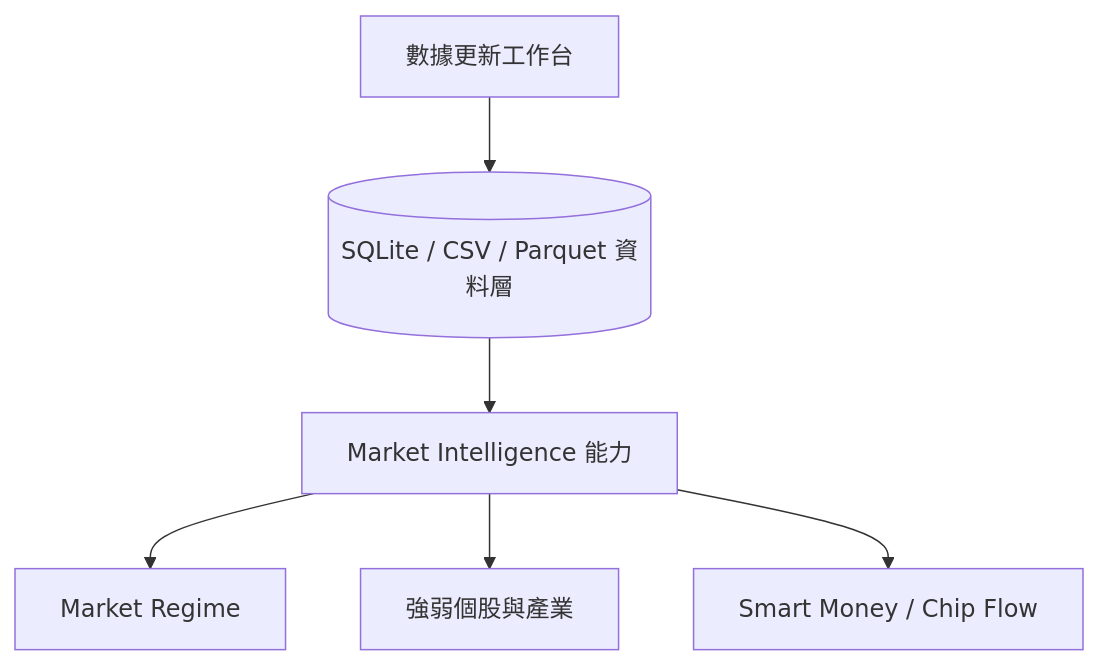
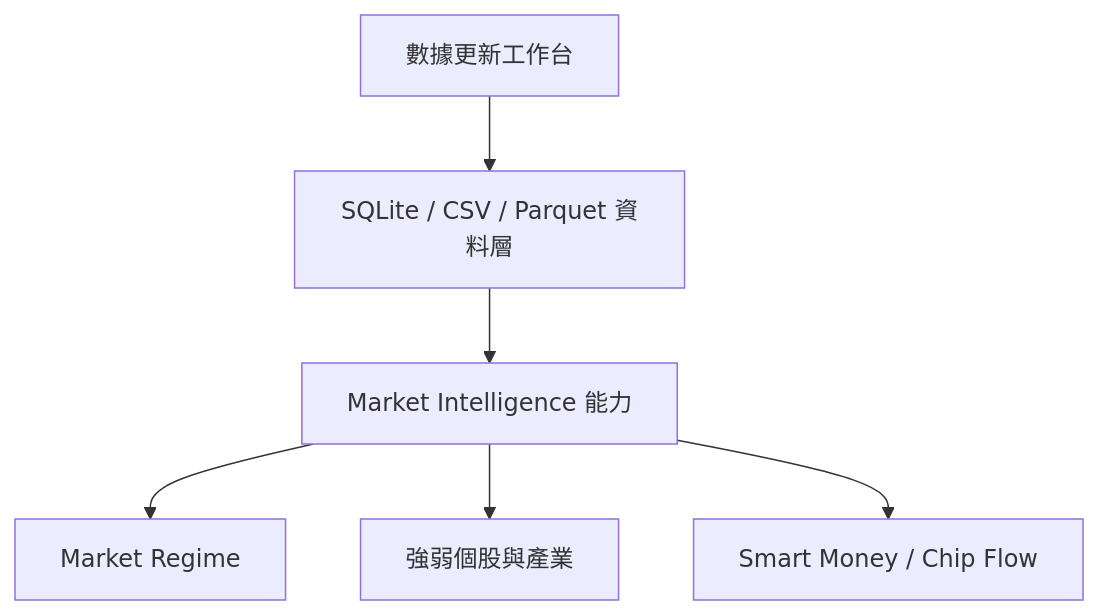
Before and after one commit to minleu94/technical_analysis: the first of 4 diagrams in docs/01_architecture/system_vision_specification.md, drawn with Mermaid. The commit also changed other lines of this file and 28 other files, not shown here.

````diff
--- a/docs/01_architecture/system_vision_specification.md
+++ b/docs/01_architecture/system_vision_specification.md
@@ -95,8 +117,8 @@
 ```mermaid
 graph TD
-    Update[數據更新工作台] --> DB[(SQLite / CSV / Parquet 資料層)]
-    DB --> Market[Market Intelligence 能力]
-    Market --> Regime[Market Regime]
-    Market --> Strength[強弱個股與產業]
-    Market --> Flow[Smart Money / Chip Flow]
+    Update["數據更新工作台"] --> DB["SQLite / CSV / Parquet 資料層"]
+    DB --> Market["Market Intelligence 能力"]
+    Market --> Regime["Market Regime"]
+    Market --> Strength["強弱個股與產業"]
+    Market --> Flow["Smart Money / Chip Flow"]
 ```
````
